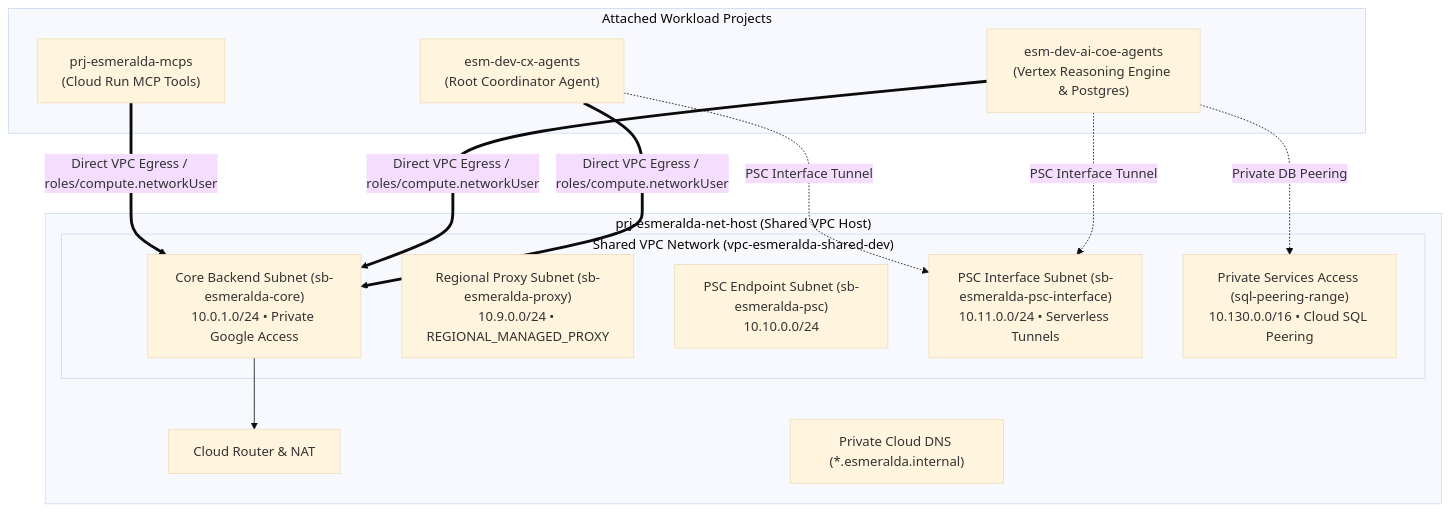
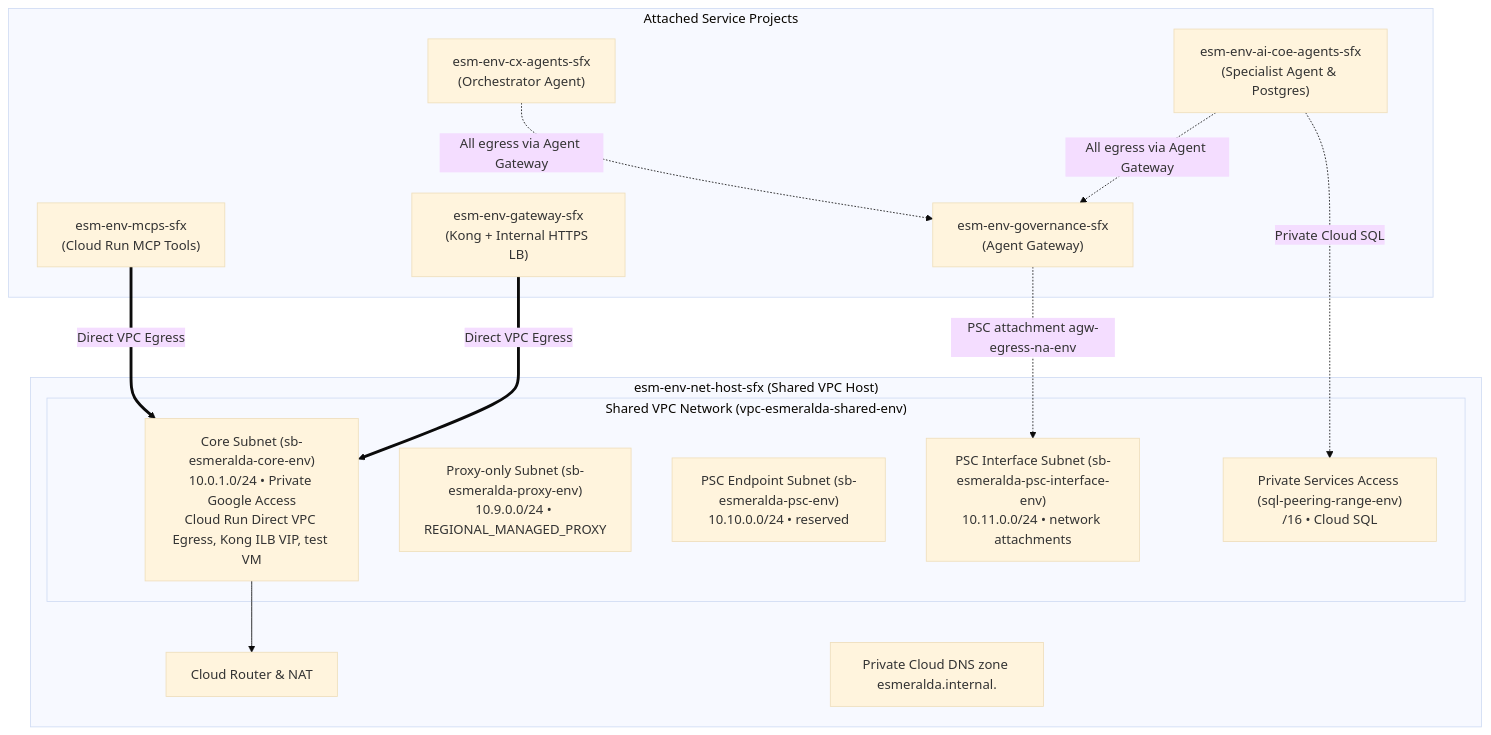
Before and after one commit to google/esmeralda: the diagram in docs/1-platform-foundations/02-private-networking.md, drawn with Mermaid (base theme). The commit also changed other lines of this file and 15 other files, not shown here.

First line of the commit message:
docs: revise all docs for team-based names and current architecture

````diff
--- a/docs/1-platform-foundations/02-private-networking.md
+++ b/docs/1-platform-foundations/02-private-networking.md
@@ -47,26 +53,29 @@
 ```mermaid
 flowchart TD
-    subgraph HostProject["prj-esmeralda-net-host (Shared VPC Host)"]
-        subgraph VPC["Shared VPC Network (vpc-esmeralda-shared-dev)"]
-            SubnetCore["Core Backend Subnet (sb-esmeralda-core)<br/>10.0.1.0/24 • Private Google Access"]
-            SubnetProxy["Regional Proxy Subnet (sb-esmeralda-proxy)<br/>10.9.0.0/24 • REGIONAL_MANAGED_PROXY"]
-            SubnetPSC["PSC Endpoint Subnet (sb-esmeralda-psc)<br/>10.10.0.0/24"]
-            SubnetPSCI["PSC Interface Subnet (sb-esmeralda-psc-interface)<br/>10.11.0.0/24 • Serverless Tunnels"]
-            PSA["Private Services Access (sql-peering-range)<br/>10.130.0.0/16 • Cloud SQL Peering"]
+    subgraph HostProject["esm-env-net-host-sfx (Shared VPC Host)"]
+        subgraph VPC["Shared VPC Network (vpc-esmeralda-shared-env)"]
+            SubnetCore["Core Subnet (sb-esmeralda-core-env)<br/>10.0.1.0/24 • Private Google Access<br/>Cloud Run Direct VPC Egress, Kong ILB VIP, test VM"]
+            SubnetProxy["Proxy-only Subnet (sb-esmeralda-proxy-env)<br/>10.9.0.0/24 • REGIONAL_MANAGED_PROXY"]
+            SubnetPSC["PSC Endpoint Subnet (sb-esmeralda-psc-env)<br/>10.10.0.0/24 • reserved"]
+            SubnetPSCI["PSC Interface Subnet (sb-esmeralda-psc-interface-env)<br/>10.11.0.0/24 • network attachments"]
+            PSA["Private Services Access (sql-peering-range-env)<br/>/16 • Cloud SQL"]
         end
         
         Router["Cloud Router & NAT"]
-        DNS["Private Cloud DNS (*.esmeralda.internal)"]
+        DNS["Private Cloud DNS zone esmeralda.internal."]
     end
 
-    subgraph ServiceProjects["Attached Workload Projects"]
-        P_MCP["prj-esmeralda-mcps<br/>(Cloud Run MCP Tools)"]
-        P_A2A["esm-dev-ai-coe-agents<br/>(Vertex Reasoning Engine & Postgres)"]
-        P_Root["esm-dev-cx-agents<br/>(Root Coordinator Agent)"]
+    subgraph ServiceProjects["Attached Service Projects"]
+        P_MCP["esm-env-mcps-sfx<br/>(Cloud Run MCP Tools)"]
+        P_GW["esm-env-gateway-sfx<br/>(Kong + Internal HTTPS LB)"]
+        P_AICOE["esm-env-ai-coe-agents-sfx<br/>(Specialist Agent & Postgres)"]
+        P_CX["esm-env-cx-agents-sfx<br/>(Orchestrator Agent)"]
+        P_GOV["esm-env-governance-sfx<br/>(Agent Gateway)"]
     end
 
-    P_MCP & P_A2A & P_Root ==>|Direct VPC Egress / roles/compute.networkUser| SubnetCore
-    P_A2A -.->|Private DB Peering| PSA
-    P_Root & P_A2A -.->|PSC Interface Tunnel| SubnetPSCI
+    P_MCP & P_GW ==>|Direct VPC Egress| SubnetCore
+    P_AICOE -.->|Private Cloud SQL| PSA
+    P_GOV -.->|"PSC attachment agw-egress-na-env"| SubnetPSCI
+    P_CX & P_AICOE -.->|All egress via Agent Gateway| P_GOV
     SubnetCore --> Router
 ```
````
